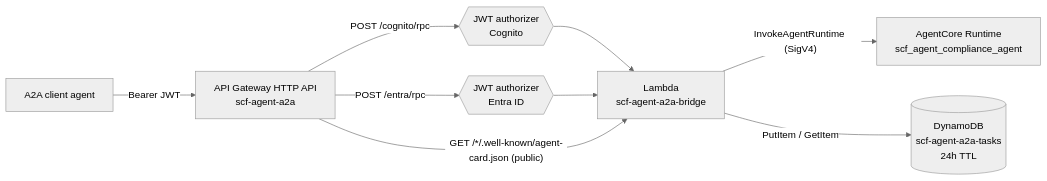
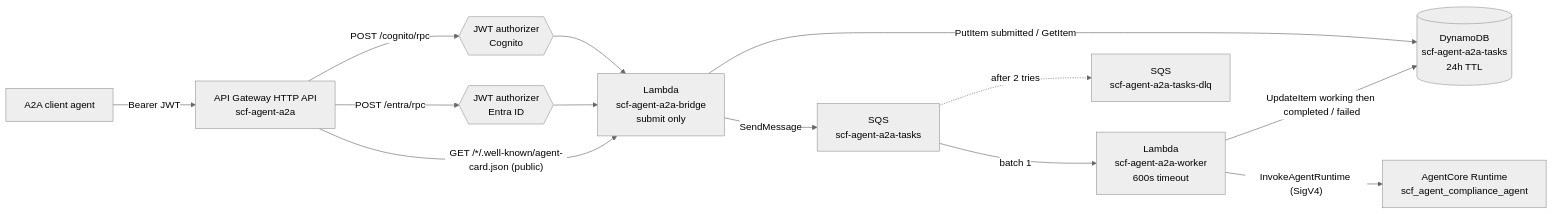
Before and after one commit to mgbec/SCF-Agent-with-A2A: the first of 4 diagrams in docs/a2a-integration.md, drawn with Mermaid (neutral theme). The commit also changed other lines of this file and 15 other files, not shown here.

First line of the commit message:
a2a: async task model - message/send is non-blocking, worker Lambda runs the turn

````diff
--- a/docs/a2a-integration.md
+++ b/docs/a2a-integration.md
@@ -18,11 +18,15 @@
 ```mermaid
 graph LR
     Caller["A2A client agent"] -->|"Bearer JWT"| APIGW["API Gateway HTTP API<br/>scf-agent-a2a"]
     APIGW -->|"POST /cognito/rpc"| AuthC{{"JWT authorizer<br/>Cognito"}}
     APIGW -->|"POST /entra/rpc"| AuthE{{"JWT authorizer<br/>Entra ID"}}
-    AuthC --> Bridge["Lambda<br/>scf-agent-a2a-bridge"]
+    AuthC --> Bridge["Lambda<br/>scf-agent-a2a-bridge<br/>submit only"]
     AuthE --> Bridge
     APIGW -->|"GET /*/.well-known/agent-card.json (public)"| Bridge
-    Bridge -->|"InvokeAgentRuntime (SigV4)"| Runtime["AgentCore Runtime<br/>scf_agent_compliance_agent"]
-    Bridge -->|"PutItem / GetItem"| Tasks[("DynamoDB<br/>scf-agent-a2a-tasks<br/>24h TTL")]
+    Bridge -->|"PutItem submitted / GetItem"| Tasks[("DynamoDB<br/>scf-agent-a2a-tasks<br/>24h TTL")]
+    Bridge -->|"SendMessage"| Queue["SQS<br/>scf-agent-a2a-tasks"]
+    Queue -->|"batch 1"| Worker["Lambda<br/>scf-agent-a2a-worker<br/>600s timeout"]
+    Queue -.->|"after 2 tries"| DLQ["SQS<br/>scf-agent-a2a-tasks-dlq"]
+    Worker -->|"InvokeAgentRuntime (SigV4)"| Runtime["AgentCore Runtime<br/>scf_agent_compliance_agent"]
+    Worker -->|"UpdateItem working then completed / failed"| Tasks
 ```
````
